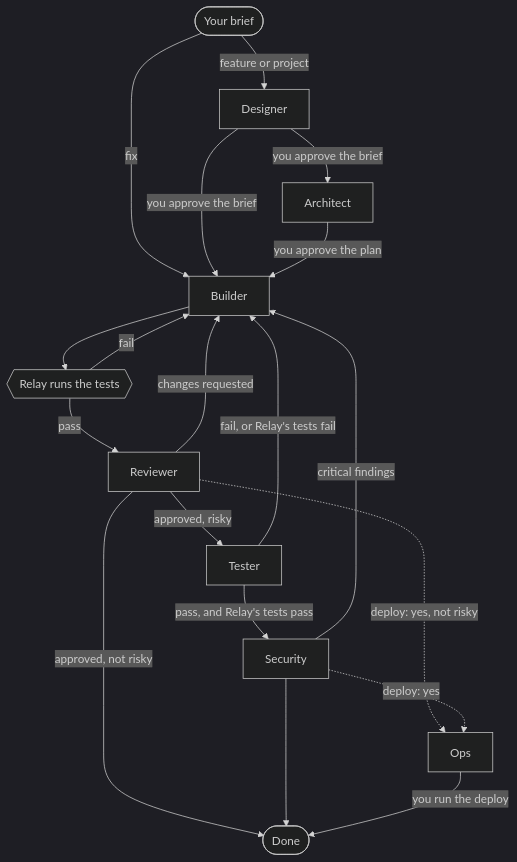
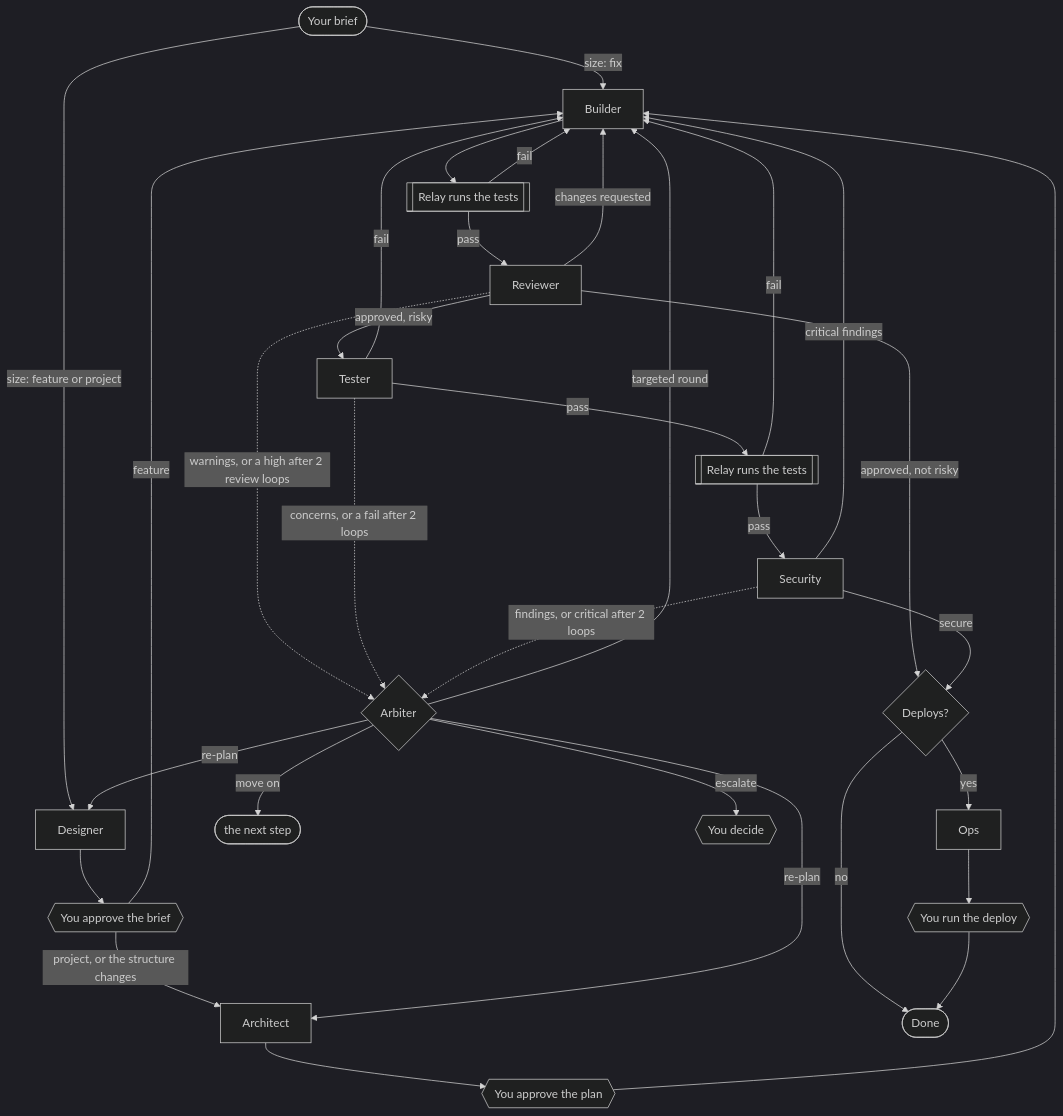
Before and after one commit to netdevjamie/relay: the diagram in README.md, drawn with Mermaid (dark theme). The commit also changed other lines of this file and 129 other files, not shown here.

First line of the commit message:
Bring Relay up to date: the Arbiter, sizing raise, base pinning, test evidence checks, ledger versions and backups

````diff
--- a/README.md
+++ b/README.md
@@ -13,21 +15,35 @@
 ```mermaid
 flowchart TD
-    brief([Your brief]) -->|feature or project| D[Designer]
-    brief -->|fix| B[Builder]
-    D -->|you approve the brief| A[Architect]
-    D -->|you approve the brief| B
-    A -->|you approve the plan| B
-    B --> T{{Relay runs the tests}}
+    brief([Your brief]) -->|size: fix| B[Builder]
+    brief -->|size: feature or project| D[Designer]
+    D --> G1{{You approve the brief}}
+    G1 -->|project, or the structure changes| A[Architect]
+    G1 -->|feature| B
+    A --> G2{{You approve the plan}}
+    G2 --> B
+    B --> T[[Relay runs the tests]]
     T -->|fail| B
     T -->|pass| R[Reviewer]
     R -->|changes requested| B
     R -->|approved, risky| Te[Tester]
-    R -->|approved, not risky| done([Done])
-    Te -->|fail, or Relay's tests fail| B
-    Te -->|pass, and Relay's tests pass| S[Security]
+    R -->|approved, not risky| X{Deploys?}
+    Te -->|fail| B
+    Te -->|pass| T2[[Relay runs the tests]]
+    T2 -->|fail| B
+    T2 -->|pass| S[Security]
     S -->|critical findings| B
-    S --> done
-    R -.->|deploy: yes, not risky| O[Ops]
-    S -.->|deploy: yes| O
-    O -->|you run the deploy| done
+    S -->|secure| X
+    X -->|yes| O[Ops]
+    X -->|no| done([Done])
+    O --> G3{{You run the deploy}}
+    G3 --> done
+
+    R -. warnings, or a high after 2 review loops .-> Ar{Arbiter}
+    Te -. concerns, or a fail after 2 loops .-> Ar
+    S -. findings, or critical after 2 loops .-> Ar
+    Ar -->|move on| next2([the next step])
+    Ar -->|targeted round| B
+    Ar -->|re-plan| A
+    Ar -->|re-plan| D
+    Ar -->|escalate| G4{{You decide}}
 ```
````
